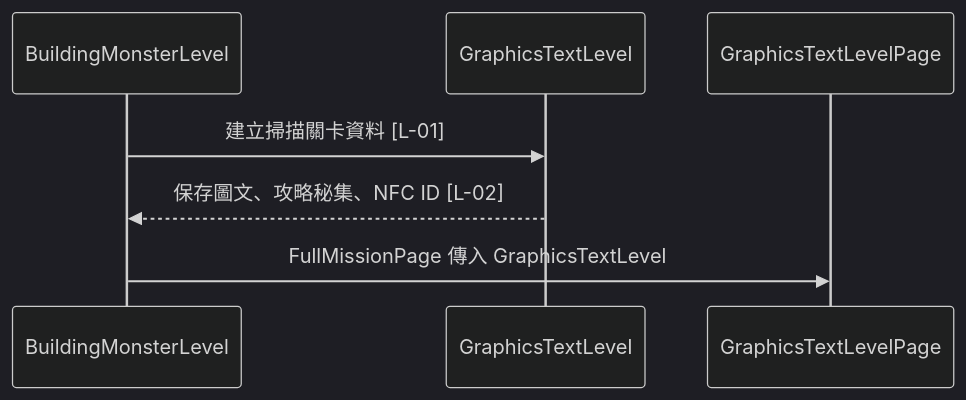
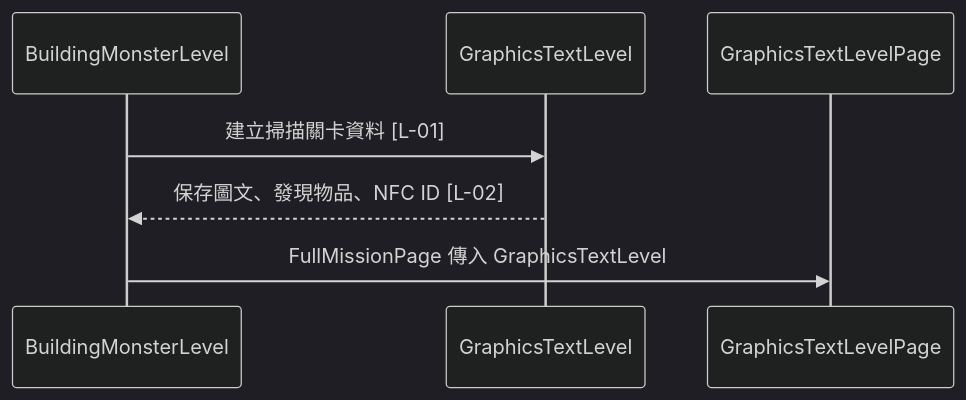
The diagram in campus_tour/test/testMd/graphics_text_level.md (Henry-120/Campus-tour), drawn with Mermaid (dark theme) before and after one commit. The commit also changed other lines of this file and 19 other files, not shown here.

````diff
--- a/campus_tour/test/testMd/graphics_text_level.md
+++ b/campus_tour/test/testMd/graphics_text_level.md
@@ -31,10 +31,10 @@
 ```mermaid
 sequenceDiagram
   participant GameMap as BuildingMonsterLevel
   participant Graphics as GraphicsTextLevel
   participant Page as GraphicsTextLevelPage
 
   GameMap->>Graphics: 建立掃描關卡資料 [L-01]
-  Graphics-->>GameMap: 保存圖文、攻略秘集、NFC ID [L-02]
+  Graphics-->>GameMap: 保存圖文、發現物品、NFC ID [L-02]
   GameMap->>Page: FullMissionPage 傳入 GraphicsTextLevel
 ```
````
